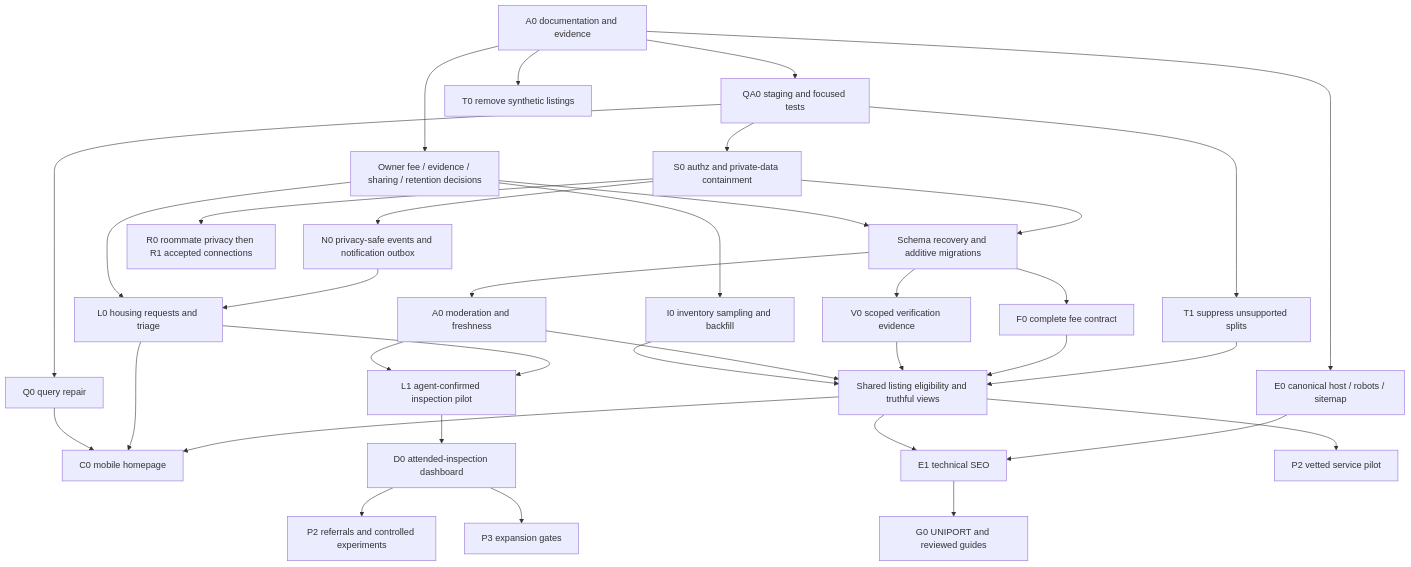
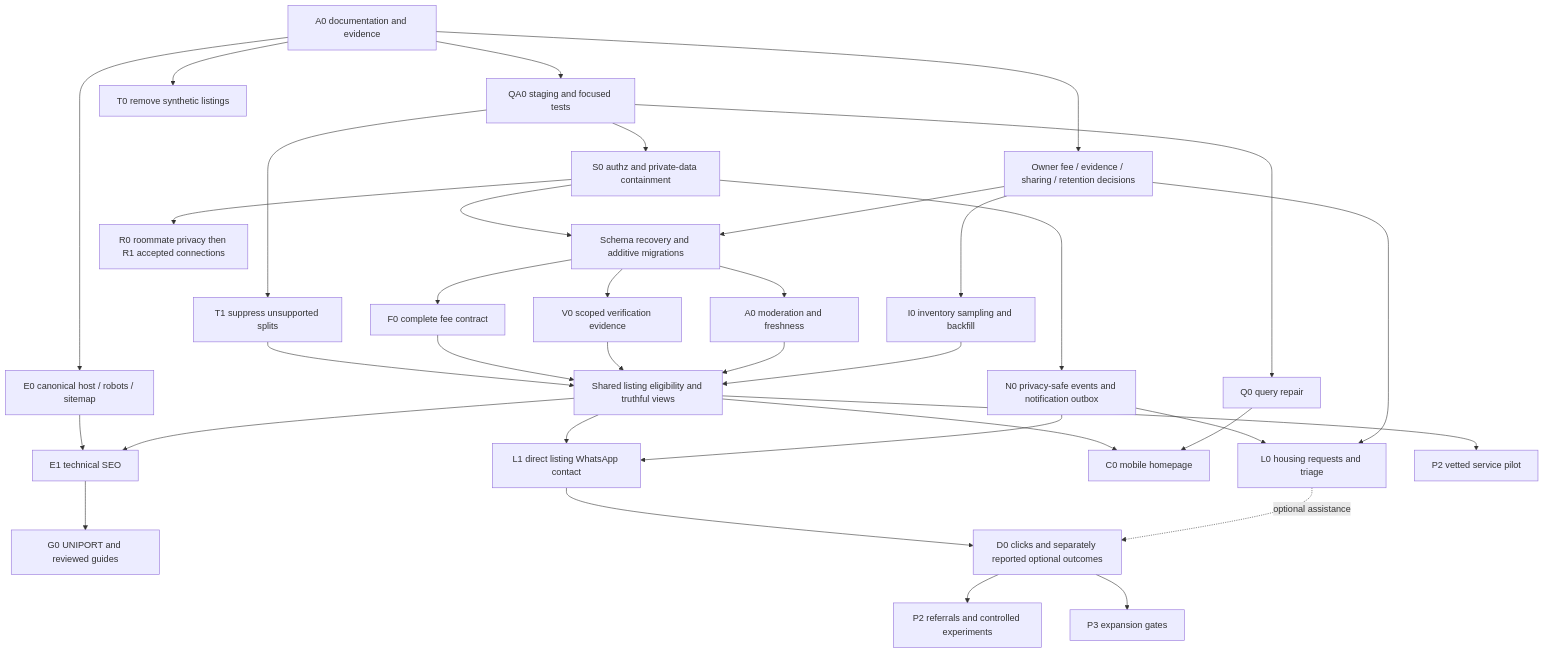
One commit to Manjayy-645/houseplug changed the diagram in docs/houseplug-implementation-plan.md. Above: the diagram before and after it, drawn with Mermaid. The commit also changed other lines of this file and 24 other files, not shown here.

Commit message:
Preserve direct agent WhatsApp contact and keep assistance optional

````diff
--- a/docs/houseplug-implementation-plan.md
+++ b/docs/houseplug-implementation-plan.md
@@ -7,37 +7,37 @@
 ```mermaid
 flowchart TD
  Audit[A0 documentation and evidence] --> QA[QA0 staging and focused tests]
  QA --> Security[S0 authz and private-data containment]
  Audit --> Demo[T0 remove synthetic listings]
  QA --> Split[T1 suppress unsupported splits]
  Audit --> Policy[Owner fee / evidence / sharing / retention decisions]
  Security --> Schema[Schema recovery and additive migrations]
  Policy --> Schema
  Schema --> Fees[F0 complete fee contract]
  Schema --> Verify[V0 scoped verification evidence]
  Schema --> Avail[A0 moderation and freshness]
  Split --> Eligibility[Shared listing eligibility and truthful views]
  Fees --> Eligibility
  Verify --> Eligibility
  Avail --> Eligibility
  Policy --> Sampling[I0 inventory sampling and backfill]
  Sampling --> Eligibility
  QA --> Search[Q0 query repair]
  Security --> Events[N0 privacy-safe events and notification outbox]
  Events --> Lead[L0 housing requests and triage]
  Policy --> Lead
- Lead --> Inspect[L1 agent-confirmed inspection pilot]
- Avail --> Inspect
+ Eligibility --> Direct[L1 direct listing WhatsApp contact]
+ Events --> Direct
  Eligibility --> Home[C0 mobile homepage]
- Lead --> Home
  Search --> Home
  Audit --> Host[E0 canonical host / robots / sitemap]
  Host --> SEO[E1 technical SEO]
  Eligibility --> SEO
  SEO --> Hubs[G0 UNIPORT and reviewed guides]
- Inspect --> Dash[D0 attended-inspection dashboard]
+ Direct --> Dash[D0 clicks and separately reported optional outcomes]
+ Lead -. optional assistance .-> Dash
  Dash --> Grow[P2 referrals and controlled experiments]
  Security --> Room[R0 roommate privacy then R1 accepted connections]
  Eligibility --> Services[P2 vetted service pilot]
  Dash --> Scale[P3 expansion gates]
 ```
````
